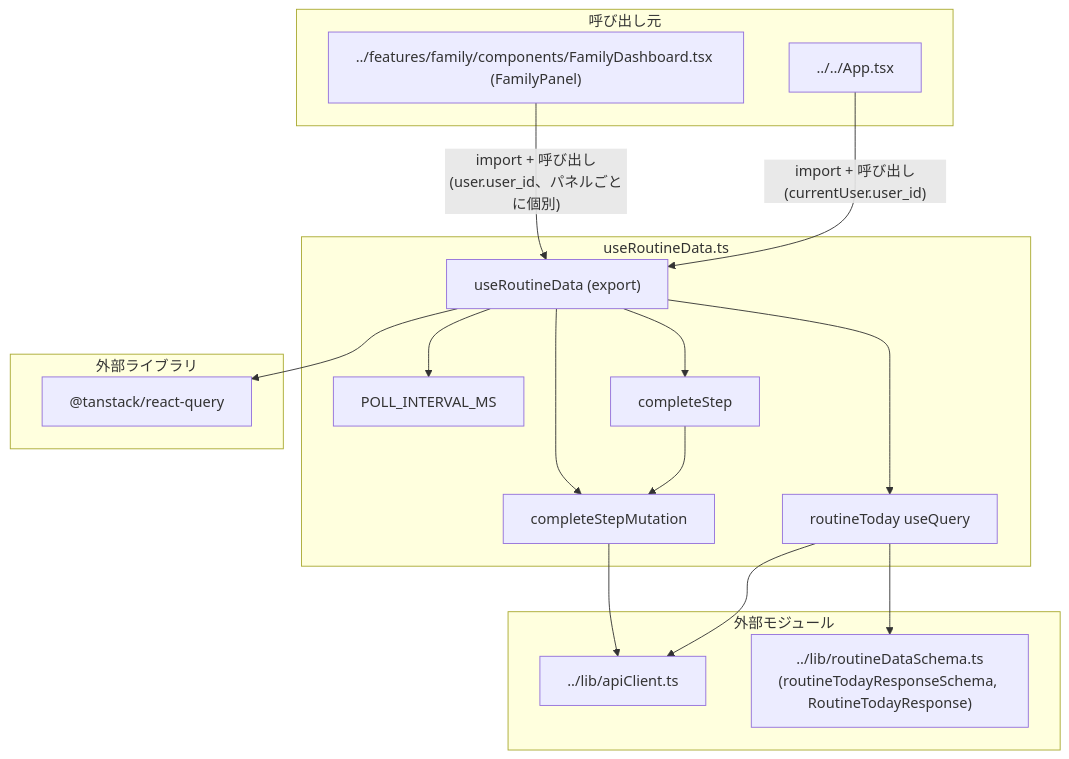
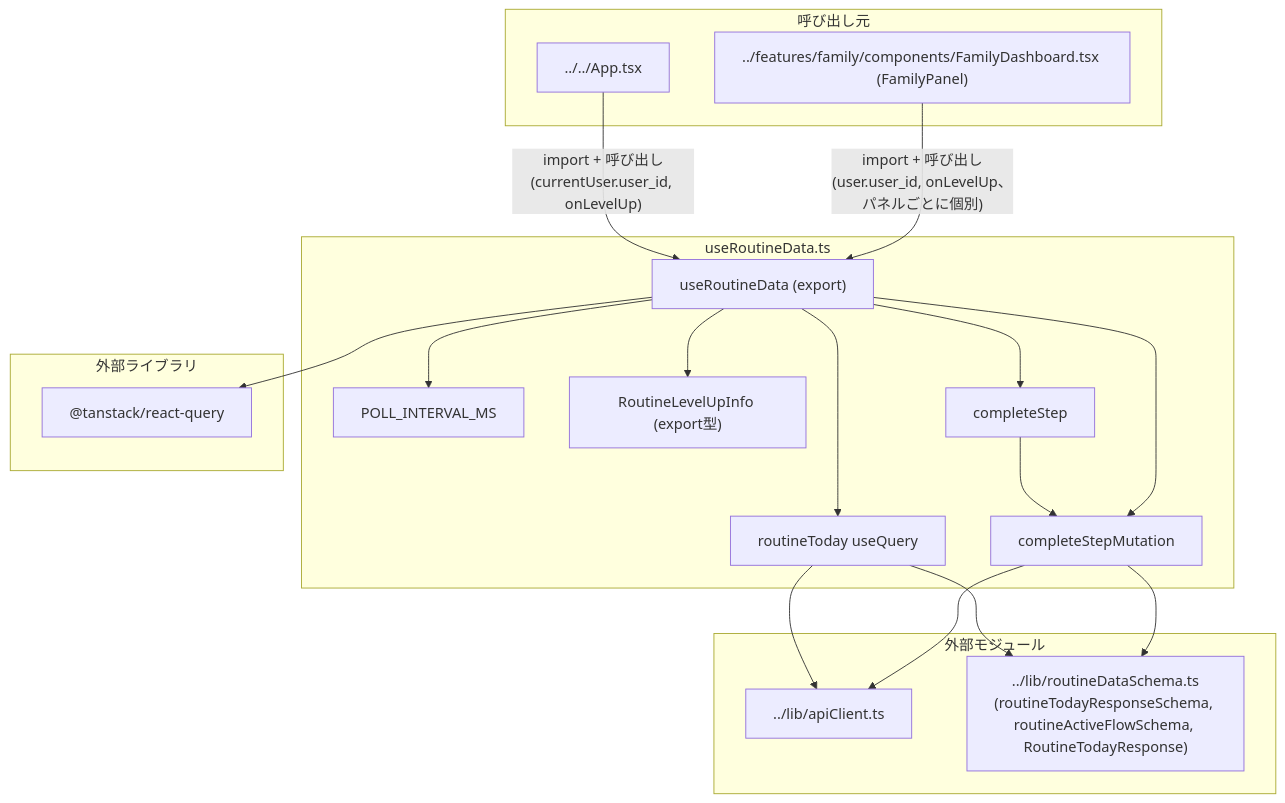
The second of 2 diagrams in docs/specifications/family-quest/src/hooks/useRoutineData.md (mmtigers/my_python_project), drawn with Mermaid before and after one commit. The commit also changed other lines of this file and 4 other files, not shown here.

````diff
--- a/docs/specifications/family-quest/src/hooks/useRoutineData.md
+++ b/docs/specifications/family-quest/src/hooks/useRoutineData.md
@@ -142,37 +158,40 @@
 ```mermaid
 graph TD
     subgraph "useRoutineData.ts"
         POLL_INTERVAL_MS
+        RoutineLevelUpInfo["RoutineLevelUpInfo (export型)"]
         useRoutineData["useRoutineData (export)"]
         routineTodayQuery["routineToday useQuery"]
         completeStepMutation
         completeStep
     end
 
     subgraph "外部ライブラリ"
         ReactQuery["@tanstack/react-query"]
     end
 
     subgraph "外部モジュール"
         apiClient["../lib/apiClient.ts"]
-        routineDataSchema["../lib/routineDataSchema.ts\n(routineTodayResponseSchema, RoutineTodayResponse)"]
+        routineDataSchema["../lib/routineDataSchema.ts\n(routineTodayResponseSchema, routineActiveFlowSchema, RoutineTodayResponse)"]
     end
 
     subgraph "呼び出し元"
         App["../../App.tsx"]
         FamilyDashboard["../features/family/components/FamilyDashboard.tsx (FamilyPanel)"]
     end
 
     useRoutineData --> ReactQuery
     routineTodayQuery --> apiClient
     routineTodayQuery --> routineDataSchema
     completeStepMutation --> apiClient
+    completeStepMutation --> routineDataSchema
     completeStep --> completeStepMutation
     useRoutineData --> routineTodayQuery
     useRoutineData --> completeStepMutation
     useRoutineData --> completeStep
     useRoutineData --> POLL_INTERVAL_MS
+    useRoutineData --> RoutineLevelUpInfo
 
-    App -->|"import + 呼び出し(currentUser.user_id)"| useRoutineData
-    FamilyDashboard -->|"import + 呼び出し(user.user_id、パネルごとに個別)"| useRoutineData
+    App -->|"import + 呼び出し(currentUser.user_id, onLevelUp)"| useRoutineData
+    FamilyDashboard -->|"import + 呼び出し(user.user_id, onLevelUp、パネルごとに個別)"| useRoutineData
 ```
````
